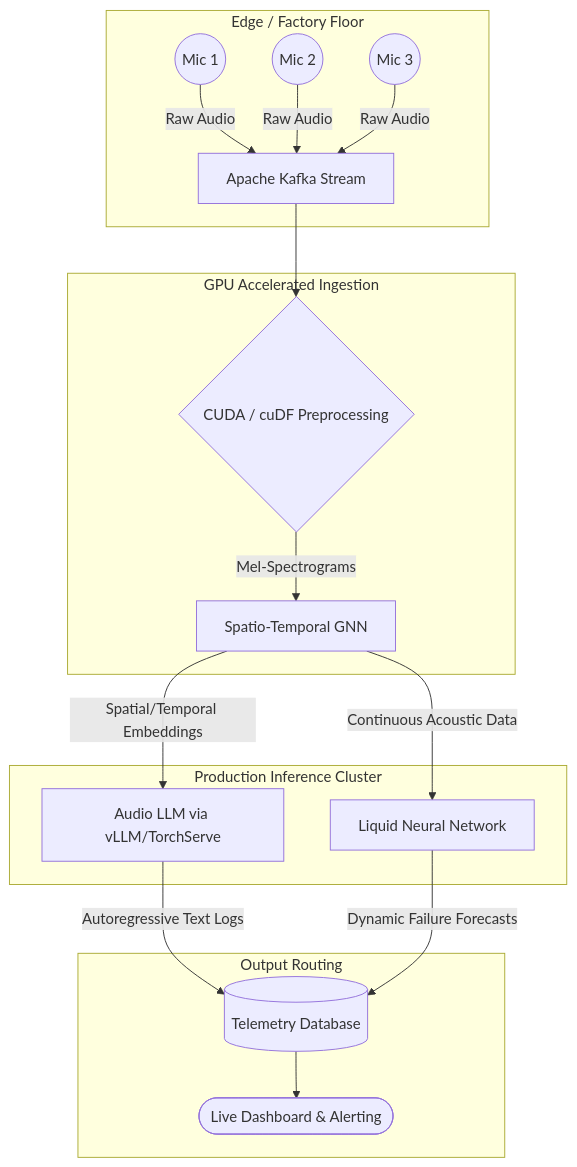
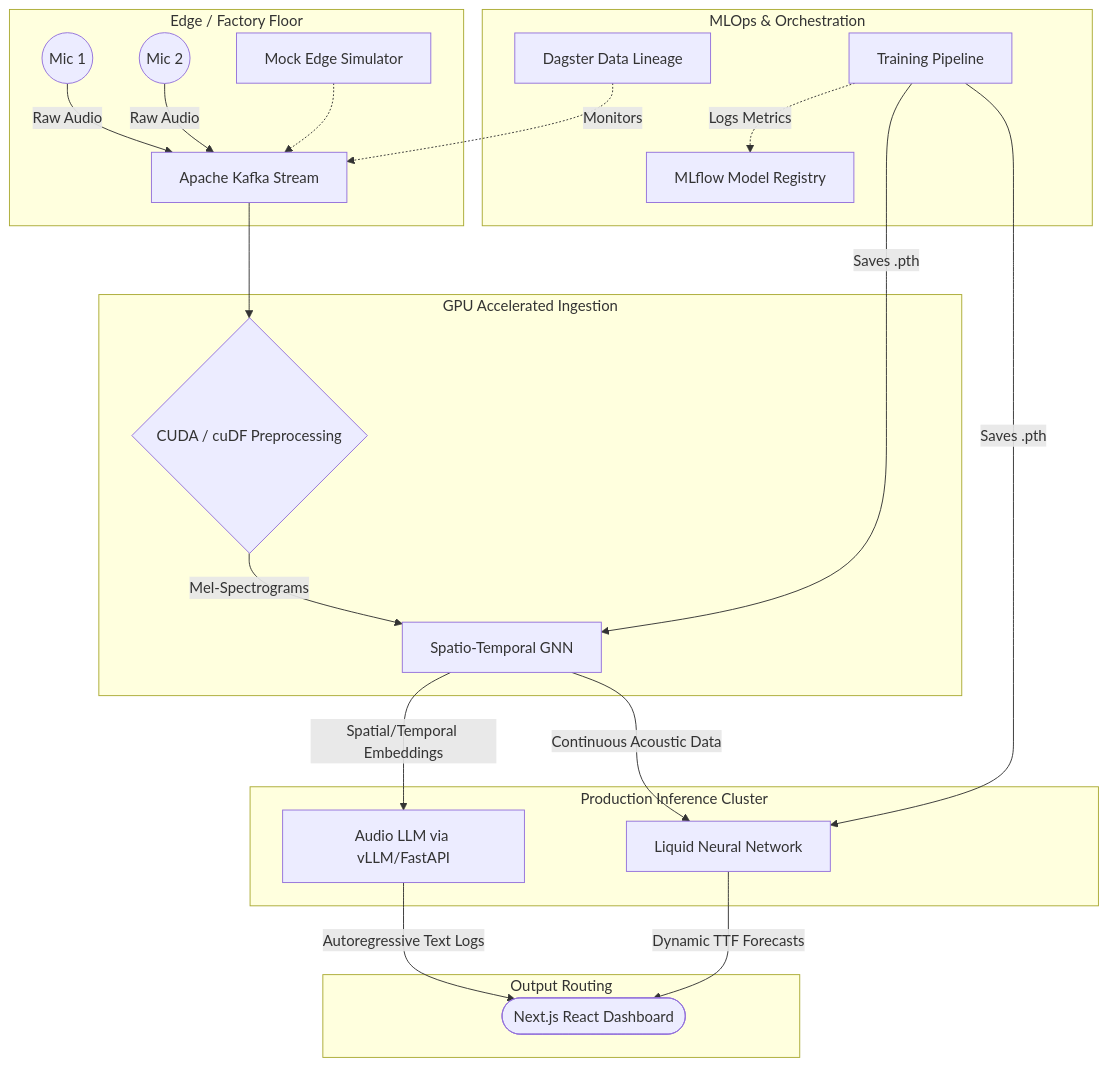
The diagram in README.md (smparc/murmur), drawn with Mermaid before and after one commit. The commit also changed other lines of this file, not shown here.

First line of the commit message:
Enhance README with Next.js and deployment updates

````diff
--- a/README.md
+++ b/README.md
@@ -16,24 +17,30 @@
 ```mermaid
 graph TD
     subgraph Edge / Factory Floor
         M1((Mic 1)) --> |Raw Audio| K[Apache Kafka Stream]
         M2((Mic 2)) --> |Raw Audio| K
-        M3((Mic 3)) --> |Raw Audio| K
+        Sim[Mock Edge Simulator] -.-> K
     end
 
     subgraph GPU Accelerated Ingestion
         K --> C{CUDA / cuDF Preprocessing}
         C --> |Mel-Spectrograms| ST[Spatio-Temporal GNN]
     end
 
     subgraph Production Inference Cluster
-        ST --> |Spatial/Temporal Embeddings| LLM[Audio LLM via vLLM/TorchServe]
+        ST --> |Spatial/Temporal Embeddings| LLM[Audio LLM via vLLM/FastAPI]
         ST --> |Continuous Acoustic Data| LNN[Liquid Neural Network]
     end
 
+    subgraph MLOps & Orchestration
+        Dagster[Dagster Data Lineage] -.-> |Monitors| K
+        Train[Training Pipeline] --> |Saves .pth| ST
+        Train --> |Saves .pth| LNN
+        Train -.-> |Logs Metrics| MLflow[MLflow Model Registry]
+    end
+
     subgraph Output Routing
-        LLM --> |Autoregressive Text Logs| D[(Telemetry Database)]
-        LNN --> |Dynamic Failure Forecasts| D
-        D --> UI([Live Dashboard & Alerting])
+        LLM --> |Autoregressive Text Logs| UI([Next.js React Dashboard])
+        LNN --> |Dynamic TTF Forecasts| UI
     end
 ```
````
